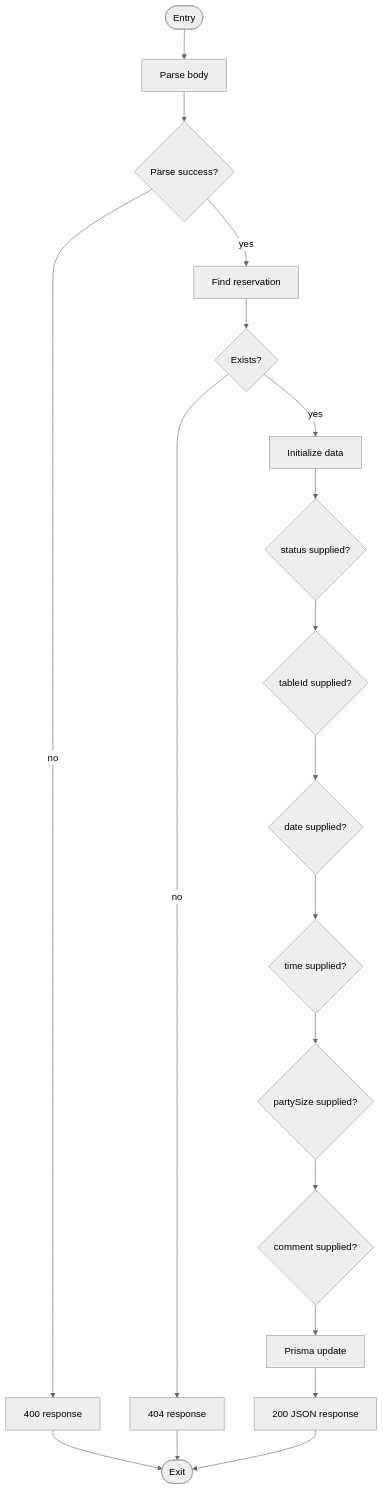
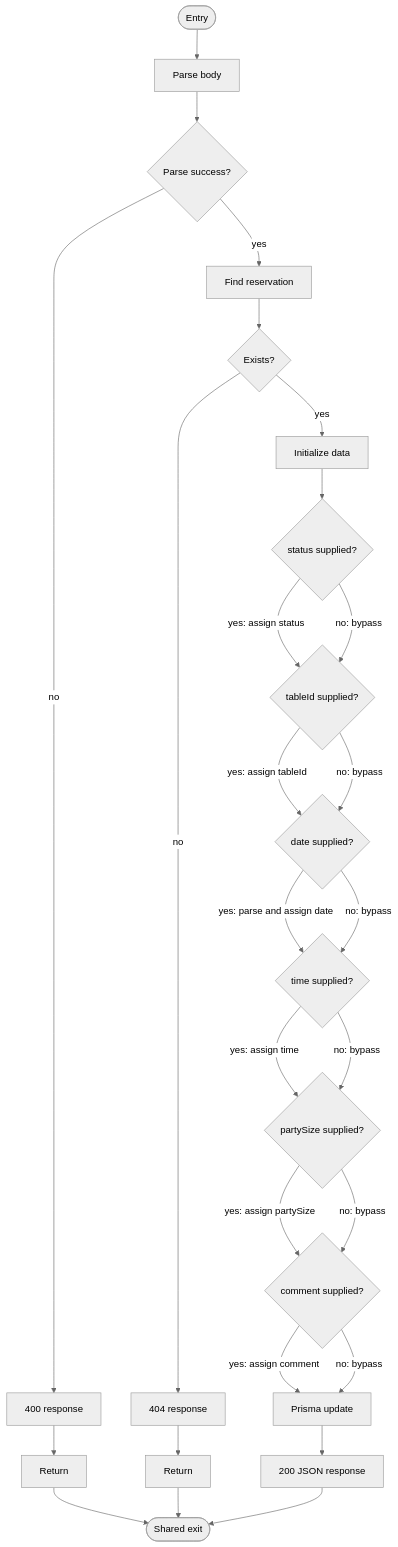
One commit to fizzaniaz17-arch/kitchen-nasty changed the diagram in docs/sqe/member-1/quality-report.md. Above: the diagram before and after it, drawn with Mermaid (neutral theme). The commit also changed other lines of this file and 25 other files, not shown here.

````diff
--- a/docs/sqe/member-1/quality-report.md
+++ b/docs/sqe/member-1/quality-report.md
@@ -11,21 +11,29 @@
 ```mermaid
 flowchart TD
   A([Entry]) --> B[Parse body]
   B --> C{Parse success?}
   C -- no --> X[400 response]
+  X --> Xr[Return]
+  Xr --> Z([Shared exit])
   C -- yes --> D[Find reservation]
   D --> E{Exists?}
   E -- no --> Y[404 response]
+  Y --> Yr[Return]
+  Yr --> Z
   E -- yes --> F[Initialize data]
   F --> G{status supplied?}
-  G --> H{tableId supplied?}
-  H --> I{date supplied?}
-  I --> J{time supplied?}
-  J --> K{partySize supplied?}
-  K --> L{comment supplied?}
-  L --> M[Prisma update]
+  G -- yes: assign status --> H{tableId supplied?}
+  G -- no: bypass --> H
+  H -- yes: assign tableId --> I{date supplied?}
+  H -- no: bypass --> I
+  I -- yes: parse and assign date --> J{time supplied?}
+  I -- no: bypass --> J
+  J -- yes: assign time --> K{partySize supplied?}
+  J -- no: bypass --> K
+  K -- yes: assign partySize --> L{comment supplied?}
+  K -- no: bypass --> L
+  L -- yes: assign comment --> M[Prisma update]
+  L -- no: bypass --> M
   M --> N[200 JSON response]
-  X --> Z([Exit])
-  Y --> Z
   N --> Z
 ```
````
